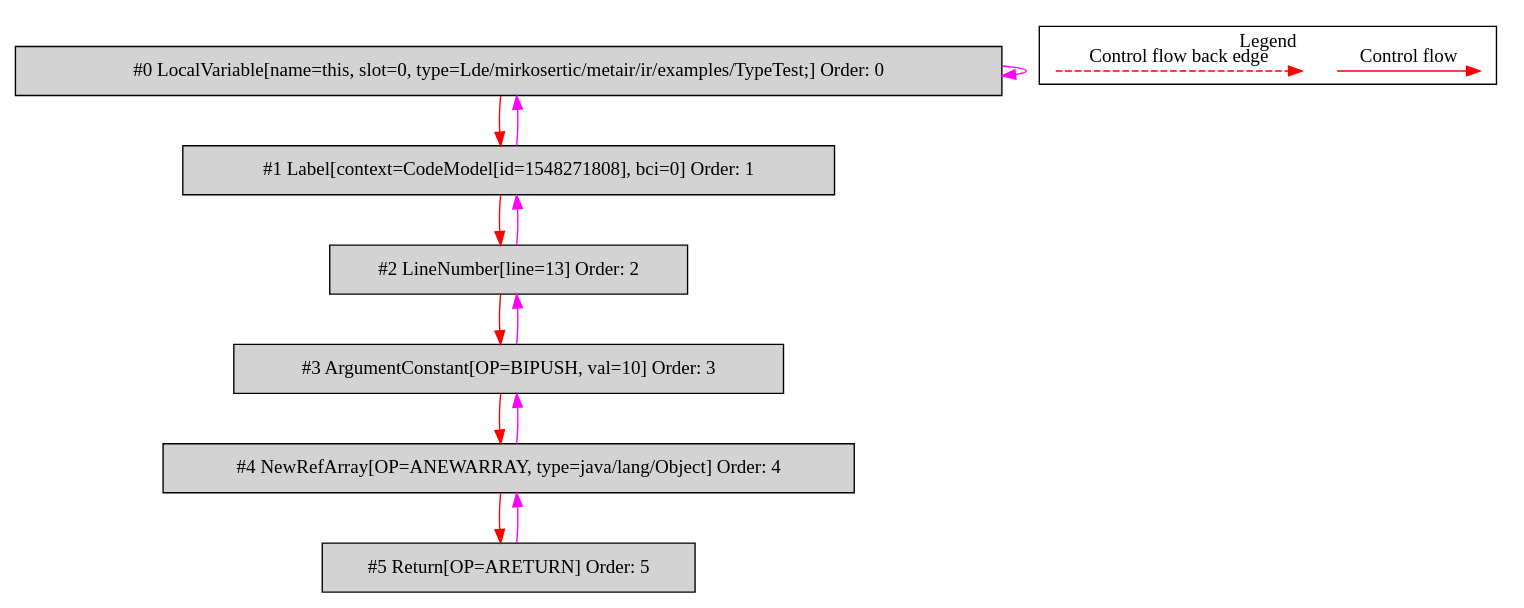
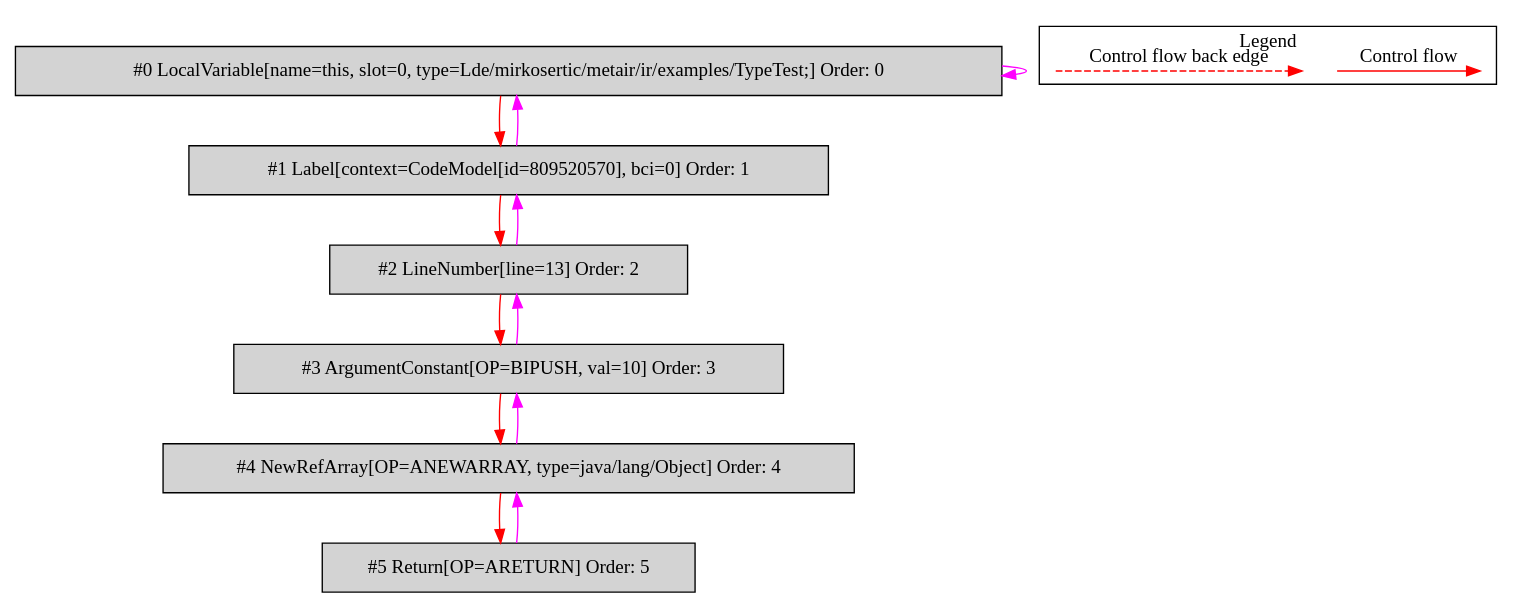
Before and after one commit to mirkosertic/MetaIR: the diagram in de.mirkosertic.metair.ir.examples.TypeTest/downCastReturnArray/bytecodecfg.dot, drawn with Graphviz. The commit also changed 1222 other files, not shown here.

```diff
--- a/de.mirkosertic.metair.ir.examples.TypeTest/downCastReturnArray/bytecodecfg.dot
+++ b/de.mirkosertic.metair.ir.examples.TypeTest/downCastReturnArray/bytecodecfg.dot
@@ -1,34 +1,34 @@
 digraph {
  ordering="in";
  node0[label="#0 LocalVariable[name=this, slot=0, type=Lde/mirkosertic/metair/ir/examples/TypeTest;] Order: 0", shape=box, fillcolor=lightgrey, style=filled];
- node1[label="#1 Label[context=CodeModel[id=1548271808], bci=0] Order: 1", shape=box, fillcolor=lightgrey, style=filled];
+ node1[label="#1 Label[context=CodeModel[id=809520570], bci=0] Order: 1", shape=box, fillcolor=lightgrey, style=filled];
  node2[label="#2 LineNumber[line=13] Order: 2", shape=box, fillcolor=lightgrey, style=filled];
  node3[label="#3 ArgumentConstant[OP=BIPUSH, val=10] Order: 3", shape=box, fillcolor=lightgrey, style=filled];
  node4[label="#4 NewRefArray[OP=ANEWARRAY, type=java/lang/Object] Order: 4", shape=box, fillcolor=lightgrey, style=filled];
  node5[label="#5 Return[OP=ARETURN] Order: 5", shape=box, fillcolor=lightgrey, style=filled];
  node0 -> node0[color=fuchsia];
  node0 -> node1[color=red];
  node1 -> node0[color=fuchsia];
  node1 -> node2[color=red];
  node2 -> node1[color=fuchsia];
  node2 -> node3[color=red];
  node3 -> node2[color=fuchsia];
  node3 -> node4[color=red];
  node4 -> node3[color=fuchsia];
  node4 -> node5[color=red];
  node5 -> node4[color=fuchsia];
  subgraph cluster_000 {
   label = "Legend";
   node [shape=point]
   {
    rank=same;
    c0 [style = invis];
    c1 [style = invis];
    c2 [style = invis];
    c3 [style = invis];
   }
   c0 -> c1 [label="Control flow", style=solid, color=red]
   c2 -> c3 [label="Control flow back edge", style=dashed, color=red]
  }
 
 }
```
